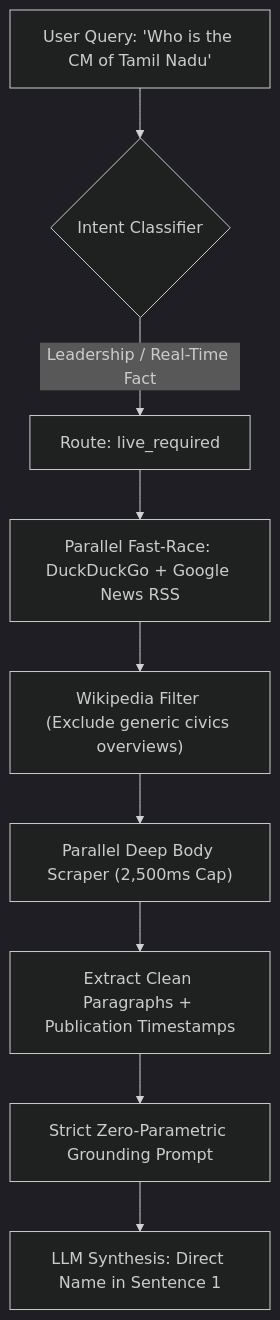
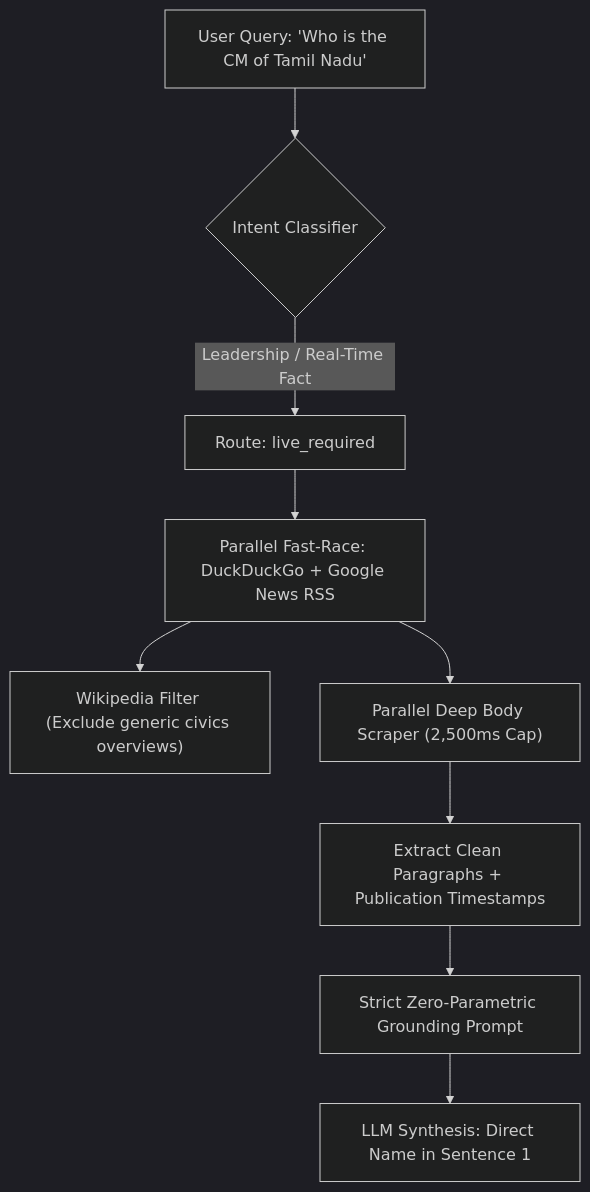
The fourth of 5 diagrams in SYSTEM_DESIGN.md (PrithvirajuVenkataraman/JARVIS), drawn with Mermaid (dark theme) before and after one commit. The commit also changed other lines of this file, not shown here.

````diff
--- a/SYSTEM_DESIGN.md
+++ b/SYSTEM_DESIGN.md
@@ -99,11 +145,11 @@
 ```mermaid
 flowchart TD
     Query["User Query: 'Who is the CM of Tamil Nadu'"] --> Classify{"Intent Classifier"}
     Classify -->|Leadership / Real-Time Fact| LiveRequired["Route: live_required"]
     LiveRequired --> SearchRace["Parallel Fast-Race: DuckDuckGo + Google News RSS"]
     SearchRace --> FilterWiki["Wikipedia Filter (Exclude generic civics overviews)"]
-    FilterWiki --> DeepCrawl["Parallel Deep Body Scraper (2,500ms Cap)"]
+    SearchRace --> DeepCrawl["Parallel Deep Body Scraper (2,500ms Cap)"]
     DeepCrawl --> ExtractBody["Extract Clean Paragraphs + Publication Timestamps"]
     ExtractBody --> ZeroParametric["Strict Zero-Parametric Grounding Prompt"]
     ZeroParametric --> Synthesis["LLM Synthesis: Direct Name in Sentence 1"]
 ```
````
